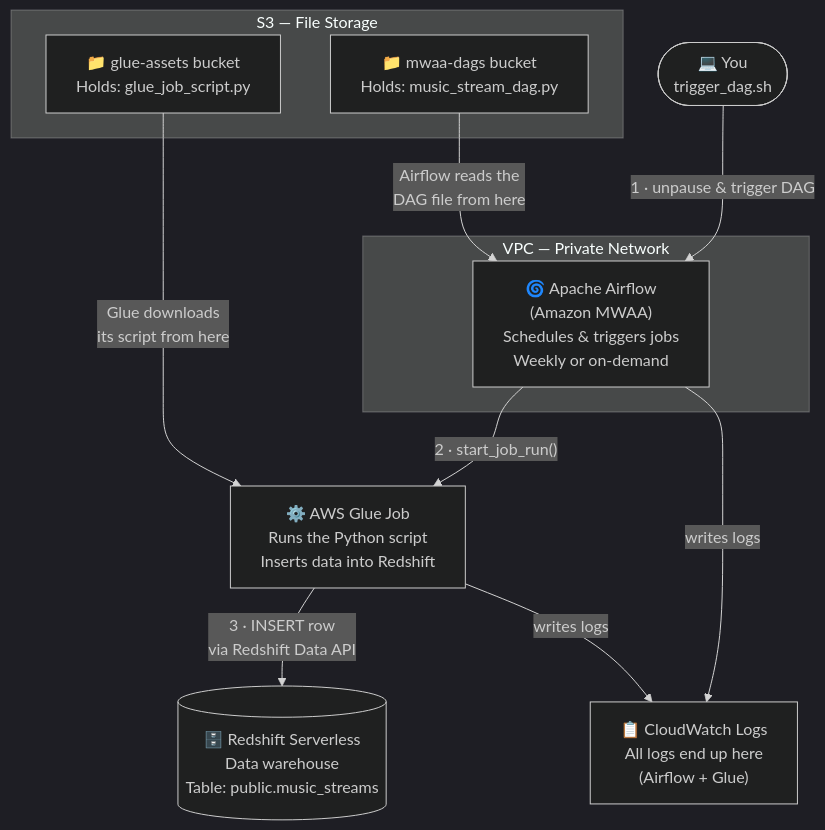
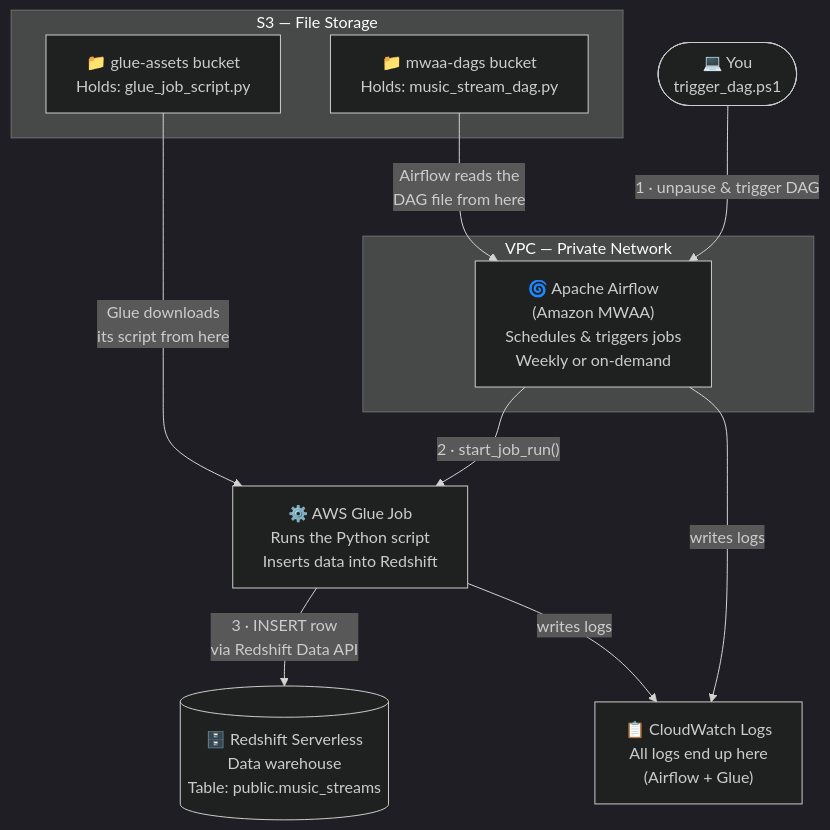
Before and after one commit to rileylarsencivicplus/aws-learning-architecture: the first of 3 diagrams in docs/architecture.md, drawn with Mermaid (dark theme). The commit also changed other lines of this file and 5 other files, not shown here.

````diff
--- a/docs/architecture.md
+++ b/docs/architecture.md
@@ -7,27 +7,27 @@
 ```mermaid
 flowchart TB
-    You(["💻 You\ntrigger_dag.sh"])
+    You(["💻 You\ntrigger_dag.ps1"])
 
     subgraph S3["S3 — File Storage"]
         DAGBucket["📁 mwaa-dags bucket\nHolds: music_stream_dag.py"]
         GlueBucket["📁 glue-assets bucket\nHolds: glue_job_script.py"]
     end
 
     subgraph NET["VPC — Private Network"]
         MWAA["🌀 Apache Airflow\n(Amazon MWAA)\nSchedules & triggers jobs\nWeekly or on-demand"]
     end
 
     GLUE["⚙️ AWS Glue Job\nRuns the Python script\nInserts data into Redshift"]
 
     RS[("🗄️ Redshift Serverless\nData warehouse\nTable: public.music_streams")]
 
     CW["📋 CloudWatch Logs\nAll logs end up here\n(Airflow + Glue)"]
 
     You -->|"1 · unpause & trigger DAG"| MWAA
     DAGBucket -->|"Airflow reads the\nDAG file from here"| MWAA
     MWAA -->|"2 · start_job_run()"| GLUE
     GlueBucket -->|"Glue downloads\nits script from here"| GLUE
     GLUE -->|"3 · INSERT row\nvia Redshift Data API"| RS
     MWAA -->|"writes logs"| CW
     GLUE -->|"writes logs"| CW
 ```
````
